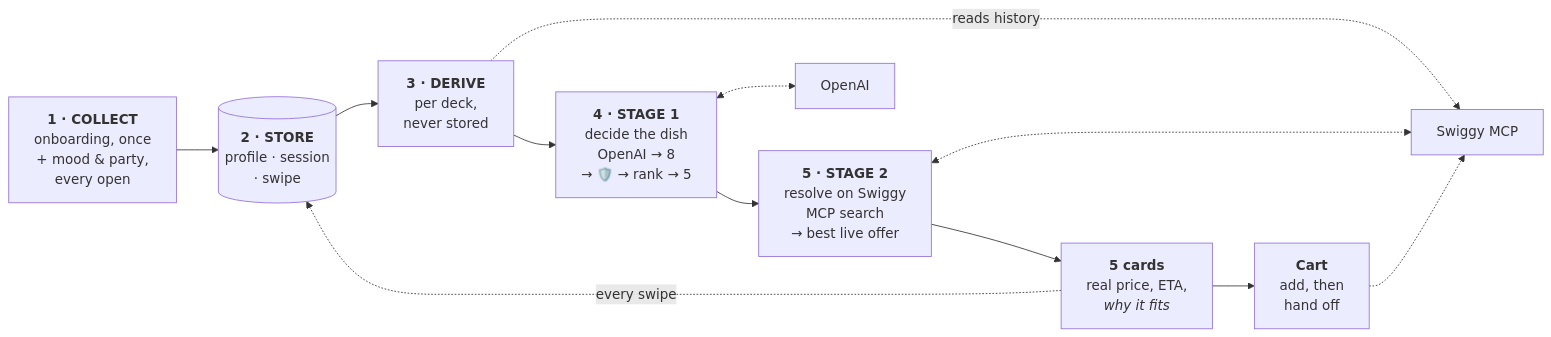
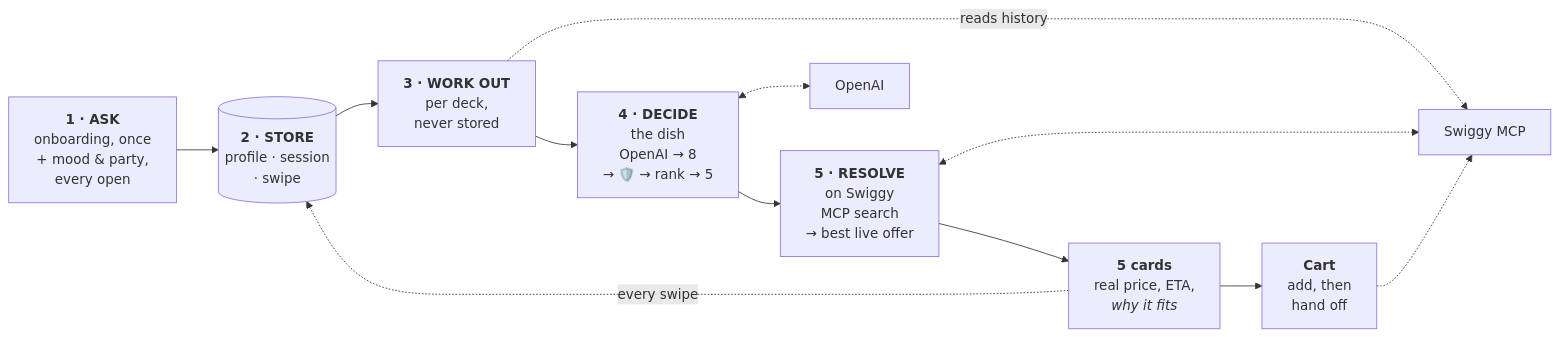
Before and after one commit to TestZucky/Kya-Khaoon: the diagram in README.md, drawn with Mermaid. The commit also changed other lines of this file, not shown here.

````diff
--- a/README.md
+++ b/README.md
@@ -29,17 +42,17 @@
 ```mermaid
 flowchart LR
-    collect["<b>1 · COLLECT</b><br/>onboarding, once<br/>+ mood &amp; party,<br/>every open"]
+    collect["<b>1 · ASK</b><br/>onboarding, once<br/>+ mood &amp; party,<br/>every open"]
     store[("<b>2 · STORE</b><br/>profile · session<br/>· swipe")]
-    derive["<b>3 · DERIVE</b><br/>per deck,<br/>never stored"]
-    stage1["<b>4 · STAGE 1</b><br/>decide the dish<br/>OpenAI → 8<br/>→ 🛡️ → rank → 5"]
-    stage2["<b>5 · STAGE 2</b><br/>resolve on Swiggy<br/>MCP search<br/>→ best live offer"]
+    derive["<b>3 · WORK OUT</b><br/>per deck,<br/>never stored"]
+    stage1["<b>4 · DECIDE</b><br/>the dish<br/>OpenAI → 8<br/>→ 🛡️ → rank → 5"]
+    stage2["<b>5 · RESOLVE</b><br/>on Swiggy<br/>MCP search<br/>→ best live offer"]
     card["<b>5 cards</b><br/>real price, ETA,<br/><i>why it fits</i>"]
     cart["<b>Cart</b><br/>add, then<br/>hand off"]
 
     collect --> store --> derive --> stage1 --> stage2 --> card --> cart
     card -.->|"every swipe"| store
     derive -.->|"reads history"| swiggy
     stage2 <-.-> swiggy["Swiggy MCP"]
     stage1 <-.-> openai["OpenAI"]
     cart -.-> swiggy
 ```
````
